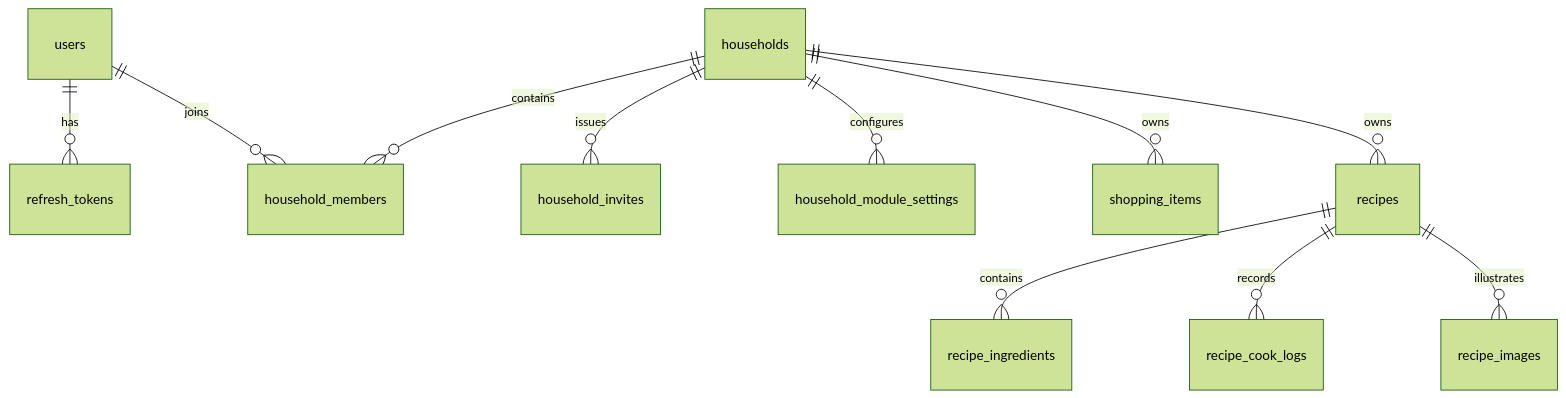
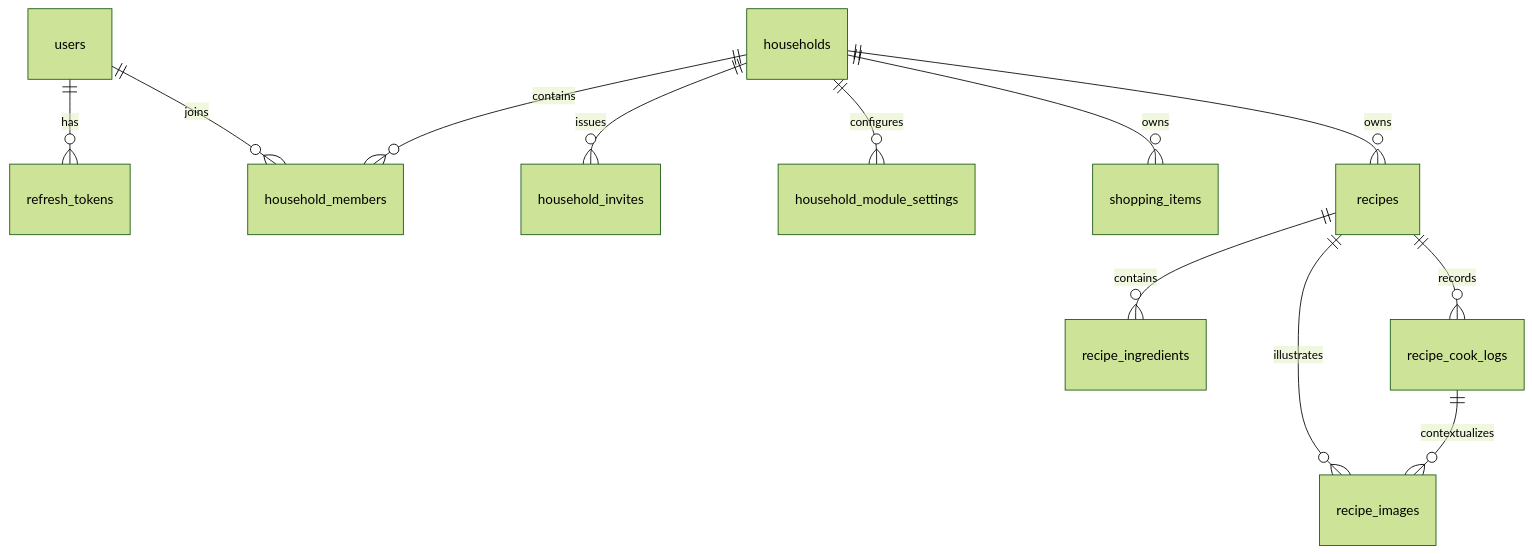
One commit to arturchichorro/home-hub changed the diagram in docs/data-model.md. Above: the diagram before and after it, drawn with Mermaid (forest theme). The commit also changed other lines of this file and 3 other files, not shown here.

````diff
--- a/docs/data-model.md
+++ b/docs/data-model.md
@@ -17,13 +17,14 @@
 ```mermaid
 erDiagram
   users ||--o{ refresh_tokens : has
   users ||--o{ household_members : joins
   households ||--o{ household_members : contains
   households ||--o{ household_invites : issues
   households ||--o{ household_module_settings : configures
   households ||--o{ shopping_items : owns
   households ||--o{ recipes : owns
   recipes ||--o{ recipe_ingredients : contains
   recipes ||--o{ recipe_cook_logs : records
   recipes ||--o{ recipe_images : illustrates
+  recipe_cook_logs ||--o{ recipe_images : contextualizes
 ```
````
